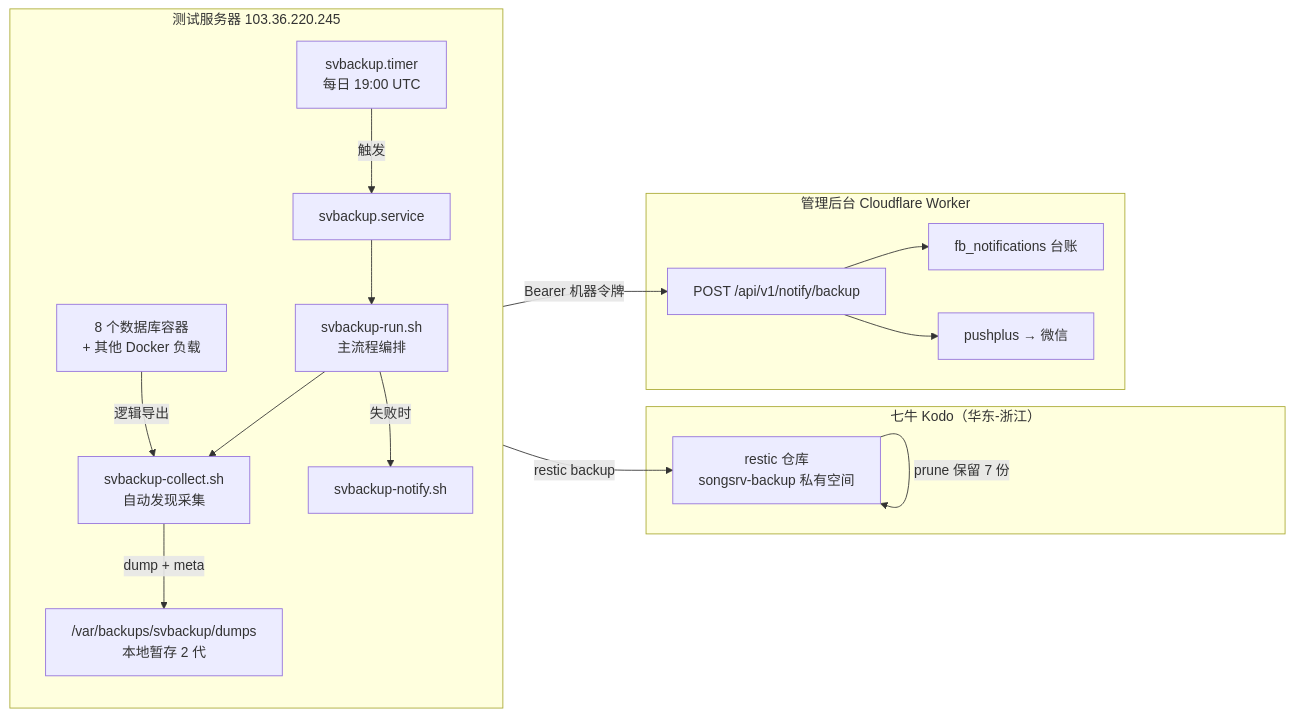
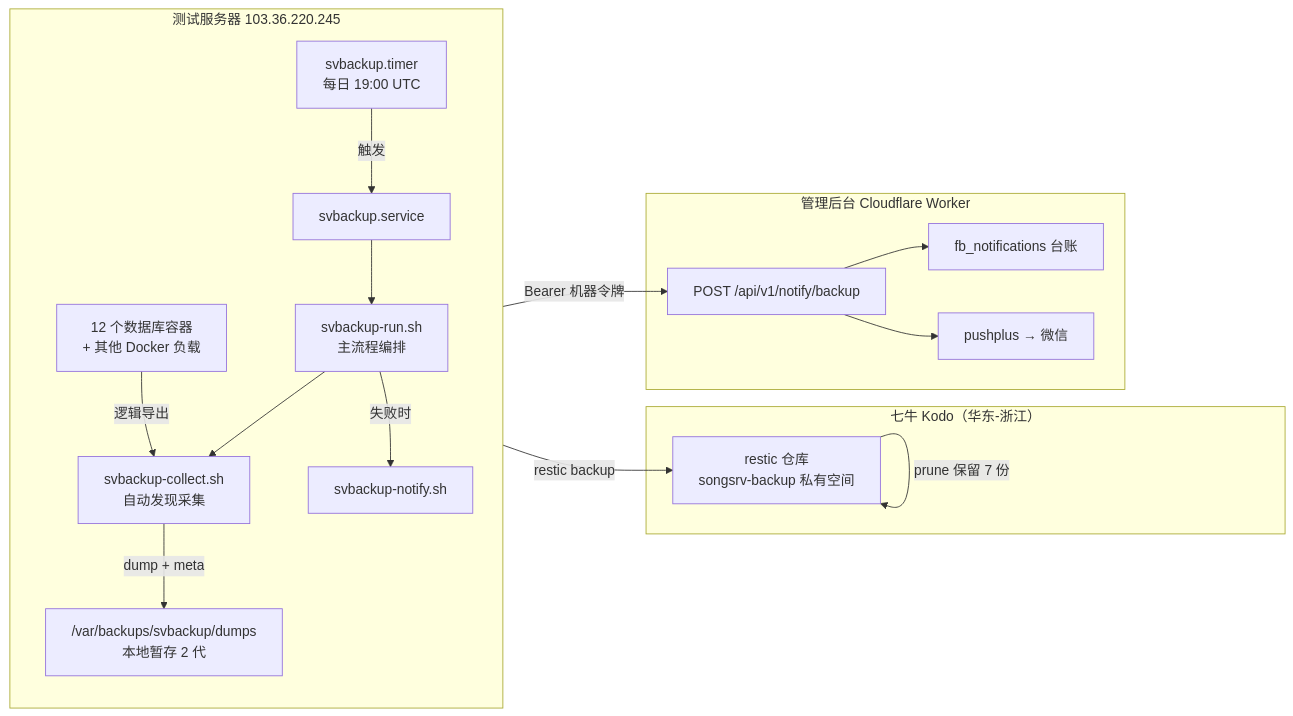
The first of 5 diagrams in docs/架构设计/测试服务器备份与恢复体系-说明文档.md (SongRenShuo/mybatis-plus-sql-visualizer), drawn with Mermaid before and after one commit. The commit also changed other lines of this file and 14 other files, not shown here.

````diff
--- a/docs/架构设计/测试服务器备份与恢复体系-说明文档.md
+++ b/docs/架构设计/测试服务器备份与恢复体系-说明文档.md
@@ -13,35 +13,35 @@
 ```mermaid
 flowchart LR
     subgraph host["测试服务器 103.36.220.245"]
         direction TB
         timer["svbackup.timer<br/>每日 19:00 UTC"]
         svc["svbackup.service"]
         run["svbackup-run.sh<br/>主流程编排"]
         collect["svbackup-collect.sh<br/>自动发现采集"]
         staging["/var/backups/svbackup/dumps<br/>本地暂存 2 代"]
         notify["svbackup-notify.sh"]
-        containers["8 个数据库容器<br/>+ 其他 Docker 负载"]
+        containers["12 个数据库容器<br/>+ 其他 Docker 负载"]
     end
 
     subgraph qiniu["七牛 Kodo（华东-浙江）"]
         repo["restic 仓库<br/>songsrv-backup 私有空间"]
     end
 
     subgraph admin["管理后台 Cloudflare Worker"]
         api["POST /api/v1/notify/backup"]
         ledger["fb_notifications 台账"]
         push["pushplus → 微信"]
     end
 
     timer -->|触发| svc
     svc --> run
     run --> collect
     containers -->|逻辑导出| collect
     collect -->|dump + meta| staging
     staging -->|restic backup| repo
     repo -->|prune 保留 7 份| repo
     run -->|失败时| notify
     notify -->|Bearer 机器令牌| api
     api --> ledger
     api --> push
 ```
````
